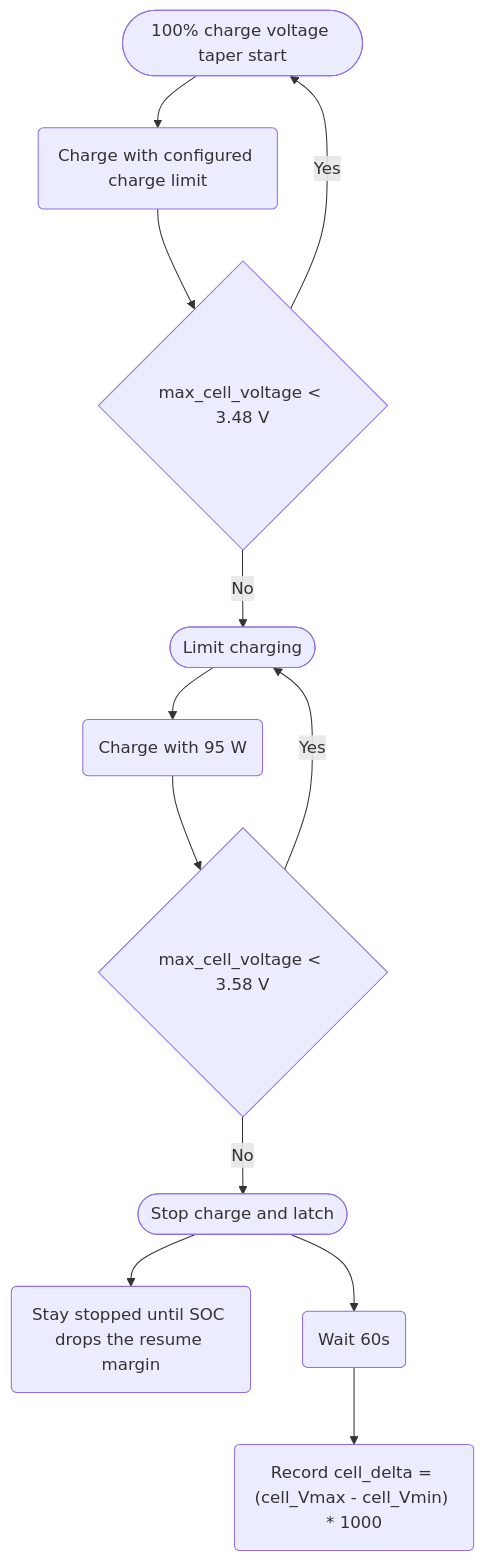
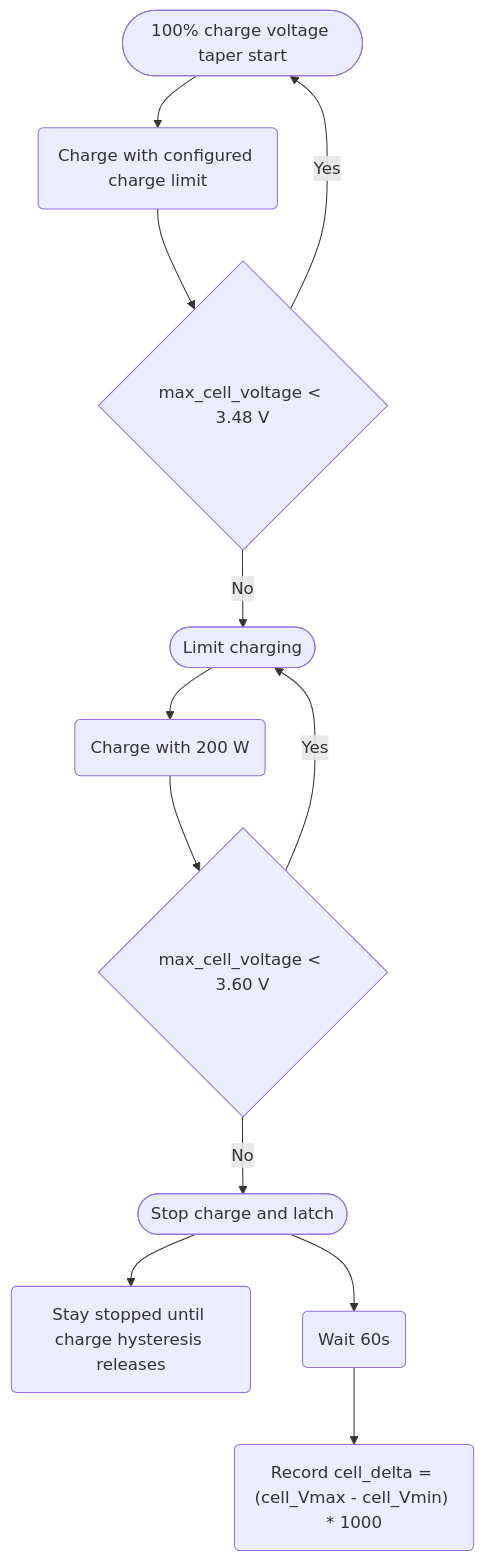
The first of 2 diagrams in site-docs/features/cell-balance-monitor.md (KeningGruttePier/Omnibattery), drawn with Mermaid before and after one commit. The commit also changed other lines of this file and 19 other files, not shown here.

First line of the commit message:
fix: raise top-cell stop voltage to 3.60 V

````diff
--- a/site-docs/features/cell-balance-monitor.md
+++ b/site-docs/features/cell-balance-monitor.md
@@ -61,14 +61,14 @@
 ```mermaid
 flowchart TD
     A([100% charge voltage taper start]) --> B(Charge with configured charge limit)
     B --> C{max_cell_voltage < 3.48 V}
     C -->|Yes| A
     C -->|No| D([Limit charging])
-    D --> E(Charge with 95 W)
-    E --> F{max_cell_voltage < 3.58 V}
+    D --> E(Charge with 200 W)
+    E --> F{max_cell_voltage < 3.60 V}
     F -->|Yes| D
     F -->|No| G([Stop charge and latch])
-    G --> H(Stay stopped until SOC drops the resume margin)
+    G --> H(Stay stopped until charge hysteresis releases)
     G --> I(Wait 60s)
     I --> J("Record cell_delta = (cell_Vmax - cell_Vmin) * 1000")
 ```
````
